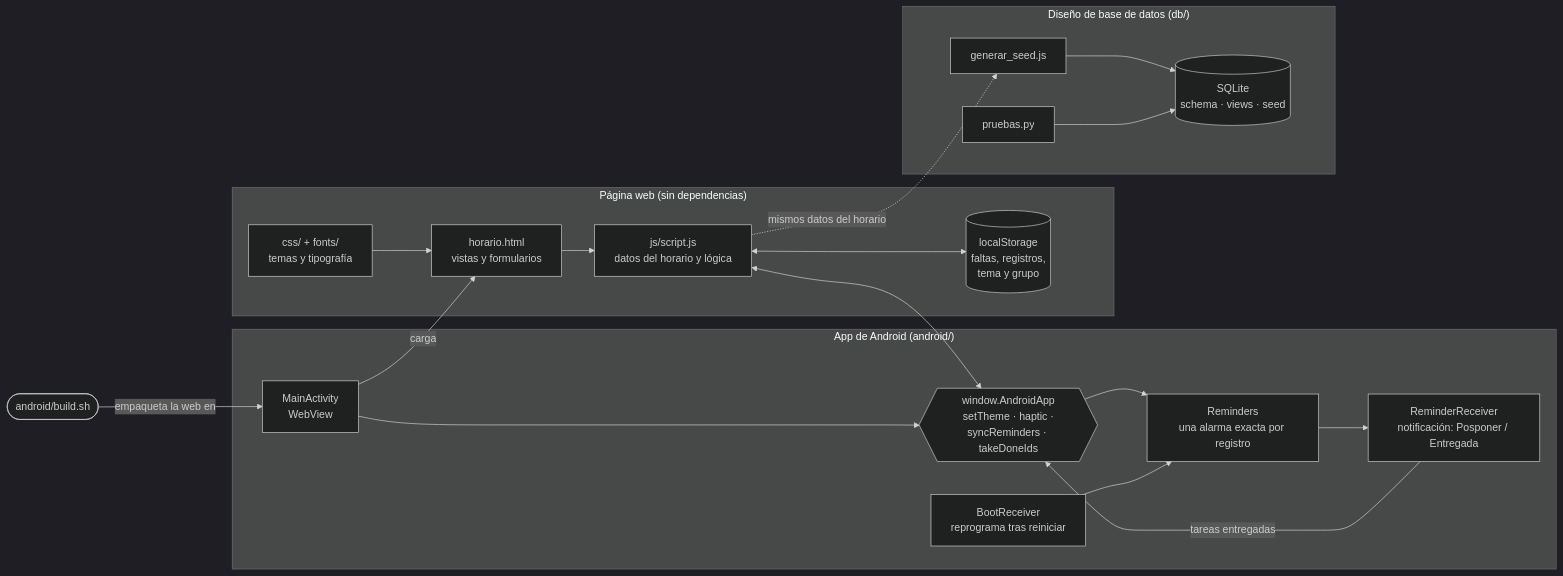
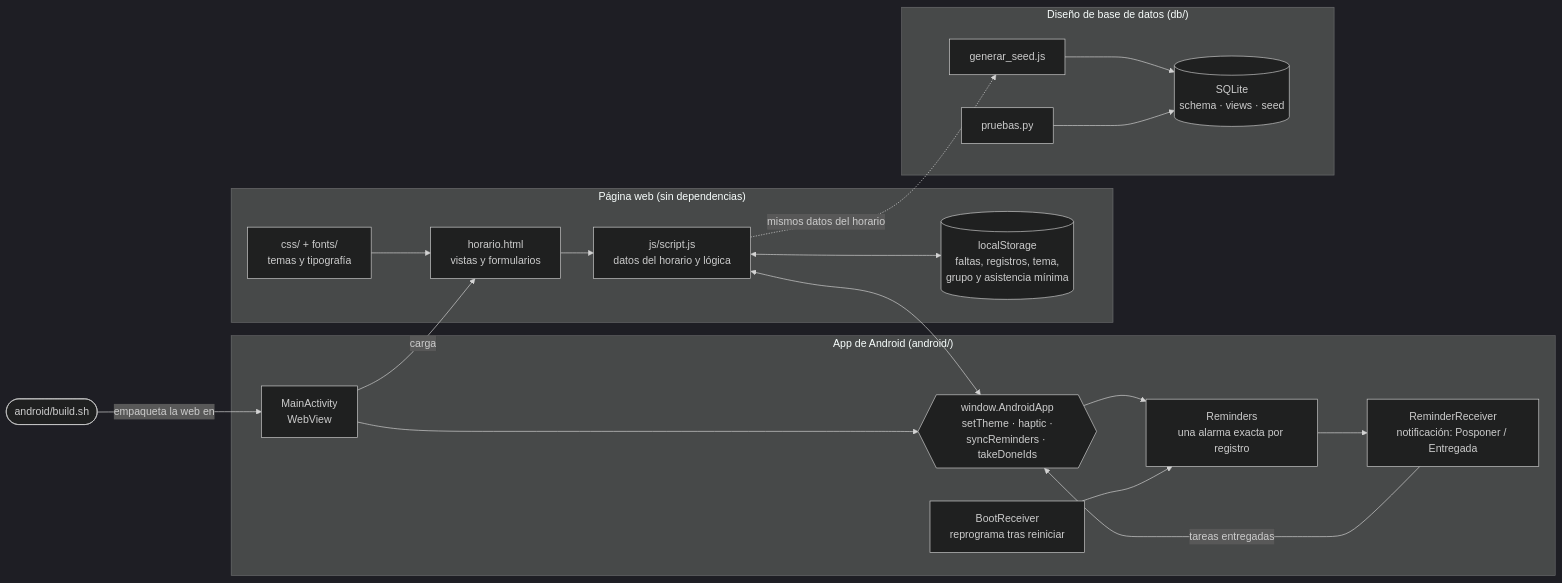
One commit to gavrizip/horario-semipresencial-cifp-cm changed the diagram in README.md. Above: the diagram before and after it, drawn with Mermaid (dark theme). The commit also changed other lines of this file, not shown here.

Commit message:
docs: README al día (trimestres, pantalla completa, asistencia mínima por asignatura)

````diff
--- a/README.md
+++ b/README.md
@@ -17,38 +18,38 @@
 ```mermaid
 flowchart LR
   subgraph web["Página web (sin dependencias)"]
     html["horario.html<br/>vistas y formularios"]
     js["js/script.js<br/>datos del horario y lógica"]
     css["css/ + fonts/<br/>temas y tipografía"]
-    ls[("localStorage<br/>faltas, registros,<br/>tema y grupo")]
+    ls[("localStorage<br/>faltas, registros, tema,<br/>grupo y asistencia mínima")]
     html --> js
     css --> html
     js <--> ls
   end
 
   subgraph android["App de Android (android/)"]
     main["MainActivity<br/>WebView"]
     bridge{{"window.AndroidApp<br/>setTheme · haptic ·<br/>syncReminders · takeDoneIds"}}
     rem["Reminders<br/>una alarma exacta por registro"]
     recv["ReminderReceiver<br/>notificación: Posponer / Entregada"]
     boot["BootReceiver<br/>reprograma tras reiniciar"]
     main --> bridge
     bridge --> rem
     rem --> recv
     boot --> rem
     recv -- "tareas entregadas" --> bridge
   end
 
   subgraph db["Diseño de base de datos (db/)"]
     gen["generar_seed.js"]
     sql[("SQLite<br/>schema · views · seed")]
     tests["pruebas.py"]
     gen --> sql
     tests --> sql
   end
 
   build(["android/build.sh"]) -- "empaqueta la web en" --> main
   main -- "carga" --> html
   js <--> bridge
   js -. mismos datos del horario .-> gen
 ```
````
